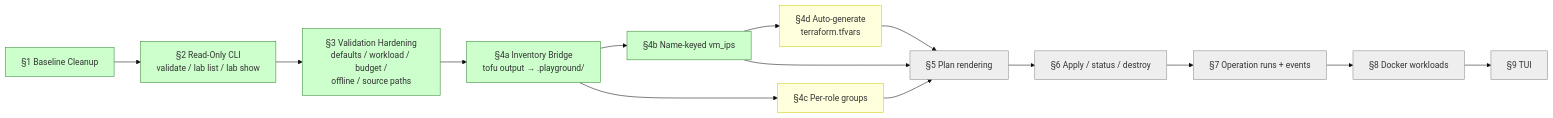
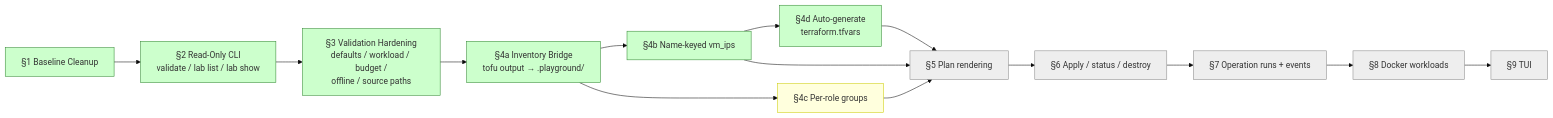
The seventh of 7 diagrams in docs/system_overview.md (spicysauce1955-stack/playground), drawn with Mermaid (base theme) before and after one commit. The commit also changed other lines of this file and 8 other files, not shown here.

````diff
--- a/docs/system_overview.md
+++ b/docs/system_overview.md
@@ -360,29 +361,29 @@
 ```mermaid
 flowchart LR
     s1[§1 Baseline Cleanup]
     s2[§2 Read-Only CLI<br/>validate / lab list / lab show]
     s3[§3 Validation Hardening<br/>defaults / workload / budget /<br/>offline / source paths]
     s4a[§4a Inventory Bridge<br/>tofu output → .playground/]
     s4b[§4b Name-keyed vm_ips]
     s4c[§4c Per-role groups]
     s5[§5 Plan rendering]
     s6[§6 Apply / status / destroy]
     s7[§7 Operation runs + events]
     s8[§8 Docker workloads]
     s9[§9 TUI]
 
     s1 --> s2 --> s3 --> s4a --> s4b
     s4a --> s4c
     s4b --> s4d[§4d Auto-generate<br/>terraform.tfvars]
     s4b --> s5
     s4c --> s5
     s4d --> s5
     s5 --> s6 --> s7 --> s8 --> s9
 
     classDef done fill:#cfc,stroke:#383
     classDef next fill:#ffd,stroke:#cc0
     classDef queued fill:#eee,stroke:#888
-    class s1,s2,s3,s4a,s4b done
-    class s4c,s4d next
+    class s1,s2,s3,s4a,s4b,s4d done
+    class s4c next
     class s5,s6,s7,s8,s9 queued
 ```
````
